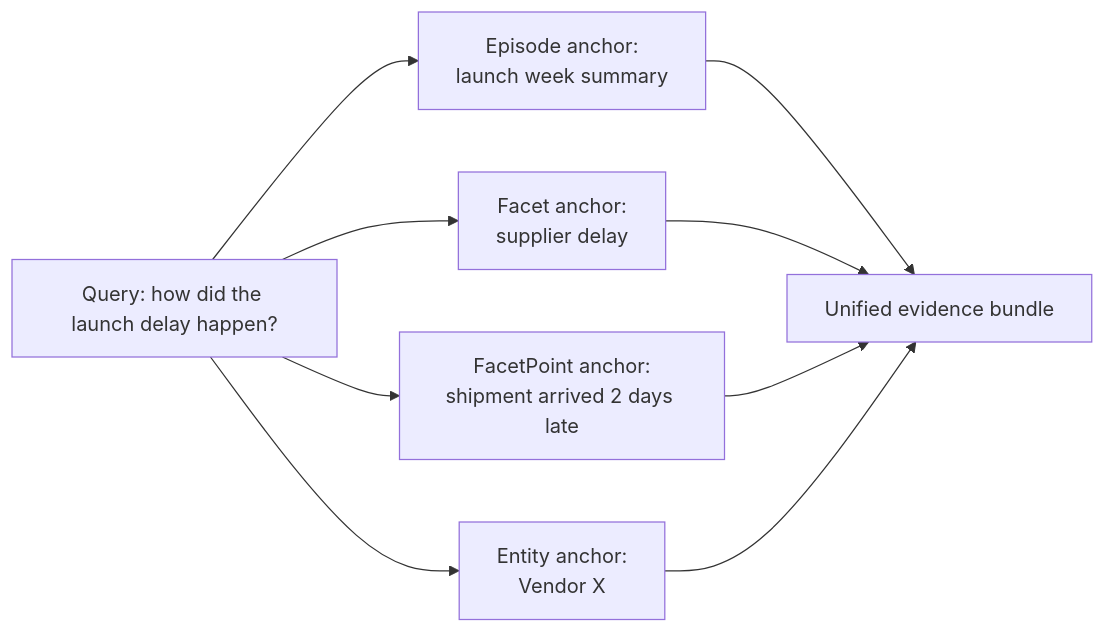
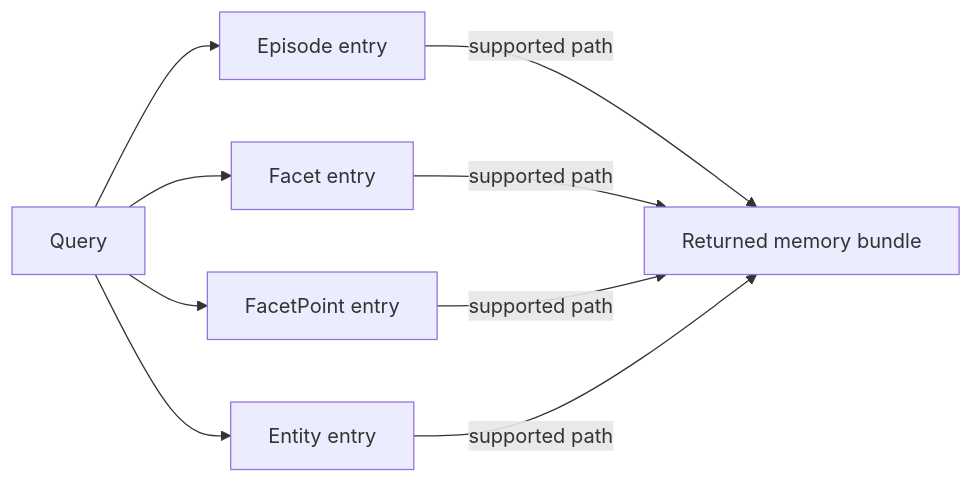
One commit to CloudEngineHub/m_flow changed the fourth of 4 diagrams in README.md. Above: the diagram before and after it, drawn with Mermaid. The commit also changed other lines of this file, not shown here.

First line of the commit message:
docs(readme): restore core narrative and make diagrams supplementary

````diff
--- a/README.md
+++ b/README.md
@@ -97,12 +114,12 @@
 ```mermaid
 flowchart LR
-    Q["Query: how did the launch delay happen?"]
-    Q --> EP["Episode anchor:\nlaunch week summary"]
-    Q --> FC["Facet anchor:\nsupplier delay"]
-    Q --> FP["FacetPoint anchor:\nshipment arrived 2 days late"]
-    Q --> EN["Entity anchor:\nVendor X"]
-    EP --> B["Unified evidence bundle"]
-    FC --> B
-    FP --> B
-    EN --> B
+    Q["Query"]
+    Q --> EP["Episode entry"]
+    Q --> FC["Facet entry"]
+    Q --> FP["FacetPoint entry"]
+    Q --> EN["Entity entry"]
+    EP -->|supported path| B["Returned memory bundle"]
+    FC -->|supported path| B
+    FP -->|supported path| B
+    EN -->|supported path| B
 ```
````
